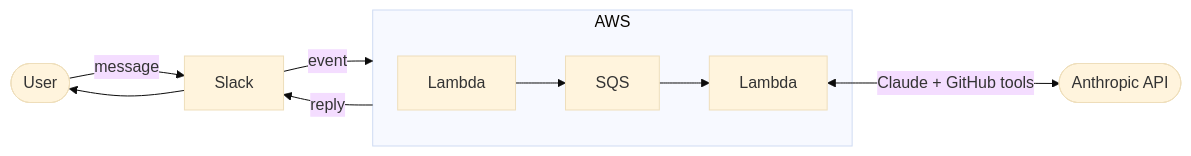
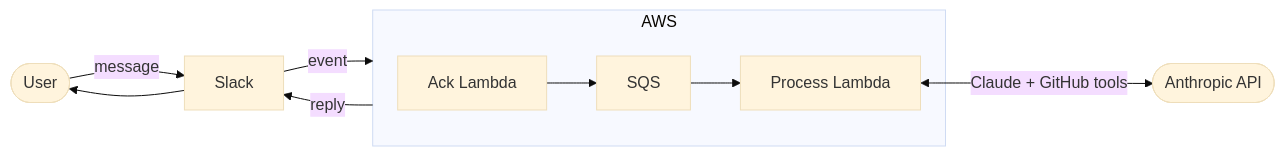
One commit to alecryan88/slack_bot changed the first of 2 diagrams in README.md. Above: the diagram before and after it, drawn with Mermaid (base theme).

````diff
--- a/README.md
+++ b/README.md
@@ -7,13 +7,13 @@
 ```mermaid
 flowchart LR
     User([User]) -->|message| Slack
     Slack -->|event| AWS
     AWS -->|reply| Slack
     Slack --> User
 
     subgraph AWS
-        Lambda --> SQS --> Lambda2[Lambda]
+        Ack[Ack Lambda] --> SQS --> Process[Process Lambda]
     end
 
-    Lambda2 <-->|Claude + GitHub tools| Anthropic([Anthropic API])
+    Process <-->|Claude + GitHub tools| Anthropic([Anthropic API])
 ```
````
